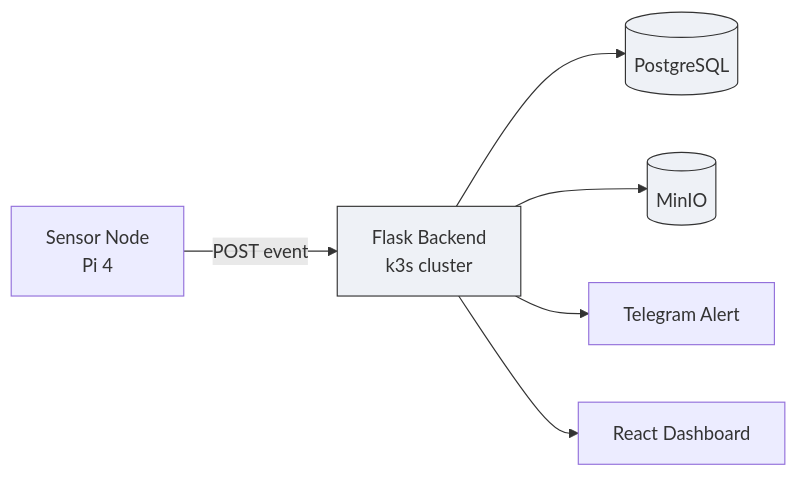
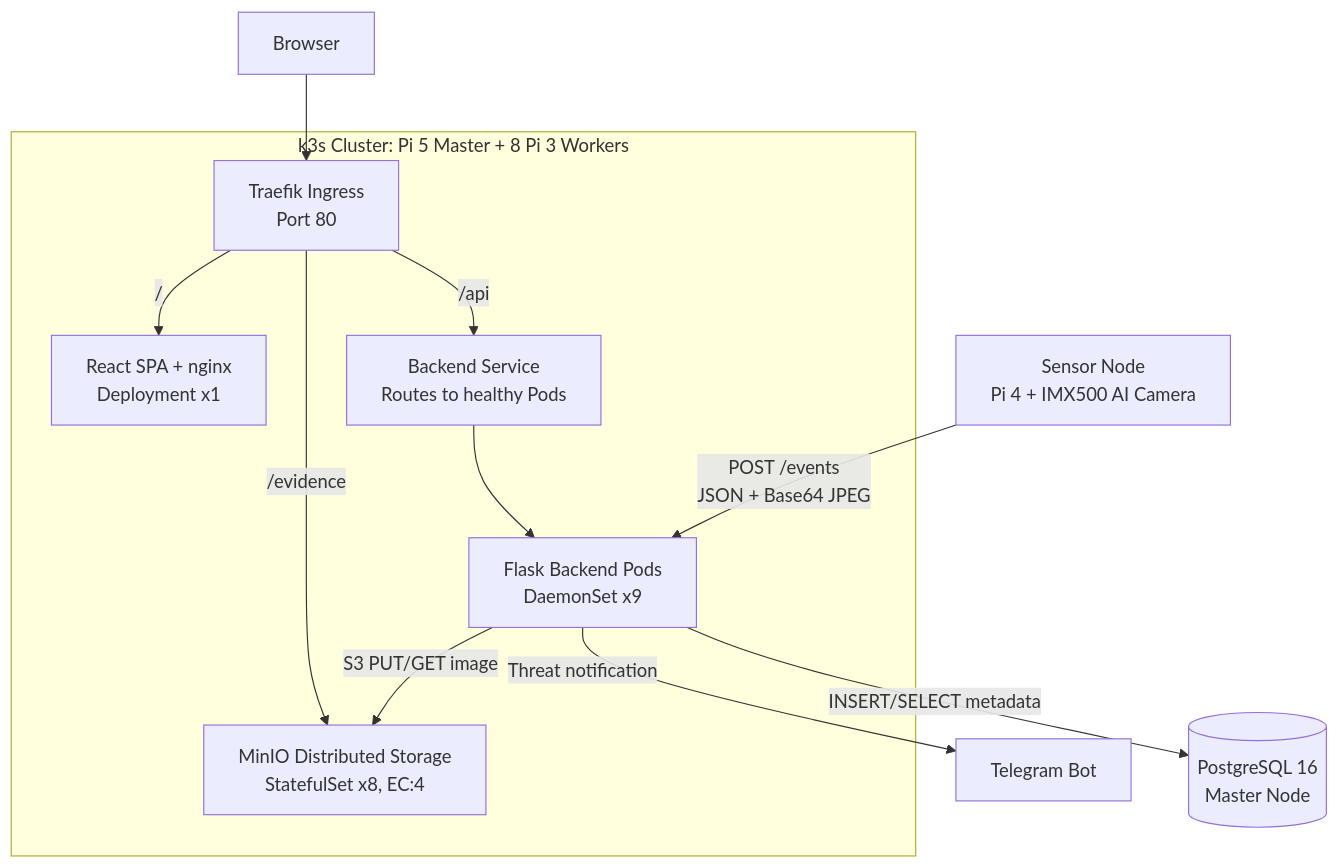
The first of 2 diagrams in task7-backend-documentation.md (azazmuzaffar/Newlauncher-5.0), drawn with Mermaid before and after one commit. The commit also changed other lines of this file, not shown here.

````diff
--- a/task7-backend-documentation.md
+++ b/task7-backend-documentation.md
@@ -11,12 +21,26 @@
 ```mermaid
-flowchart LR
-    sensor["Sensor Node<br/>Pi 4"] -->|"POST event"| backend["Flask Backend<br/>k3s cluster"]
-    backend --> postgres[("PostgreSQL")]
-    backend --> minio[("MinIO")]
-    backend --> telegram["Telegram Alert"]
-    backend --> dashboard["React Dashboard"]
+graph TD
+    sensor["Sensor Node<br/>Pi 4 + IMX500 AI Camera"]
+    browser["Browser"]
+    telegram["Telegram Bot"]
 
-    style backend fill:#eef1f6,stroke:#333,stroke-width:1px
-    style postgres fill:#eef1f6,stroke:#333,stroke-width:1px
-    style minio fill:#eef1f6,stroke:#333,stroke-width:1px
+    subgraph cluster["k3s Cluster: Pi 5 Master + 8 Pi 3 Workers"]
+        traefik["Traefik Ingress<br/>Port 80"]
+        frontend["React SPA + nginx<br/>Deployment x1"]
+        service["Backend Service<br/>Routes to healthy Pods"]
+        backend["Flask Backend Pods<br/>DaemonSet x9"]
+        minio["MinIO Distributed Storage<br/>StatefulSet x8, EC:4"]
+    end
+
+    postgres[("PostgreSQL 16<br/>Master Node")]
+
+    sensor -->|"POST /events<br/>JSON + Base64 JPEG"| backend
+    browser --> traefik
+    traefik -->|"/"| frontend
+    traefik -->|"/api"| service
+    service --> backend
+    backend -->|"INSERT/SELECT metadata"| postgres
+    backend -->|"S3 PUT/GET image"| minio
+    traefik -->|"/evidence"| minio
+    backend -->|"Threat notification"| telegram
 ```
````
